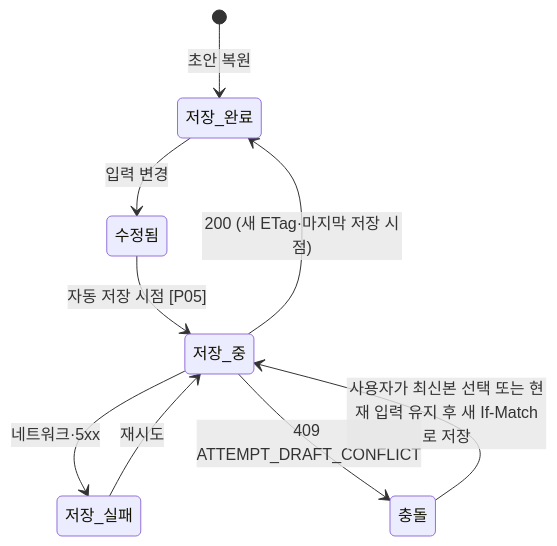
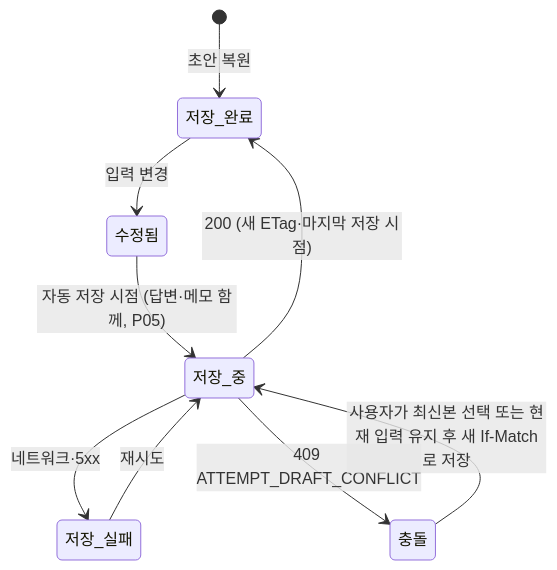
One commit to SKNETWORKS-FAMILY-AICAMP/SKN34-FINAL-3TEAM changed diagram 17 of 17 in docs/design/state-diagram.md. Above: the diagram before and after it, drawn with Mermaid. The commit also changed other lines of this file and 7 other files, not shown here.

````diff
--- a/docs/design/state-diagram.md
+++ b/docs/design/state-diagram.md
@@ -456,11 +460,11 @@
 ```mermaid
 stateDiagram-v2
   [*] --> 저장_완료: 초안 복원
   저장_완료 --> 수정됨: 입력 변경
-  수정됨 --> 저장_중: 자동 저장 시점 [P05]
+  수정됨 --> 저장_중: 자동 저장 시점 (답변·메모 함께, P05)
   저장_중 --> 저장_완료: 200 (새 ETag·마지막 저장 시점)
   저장_중 --> 저장_실패: 네트워크·5xx
   저장_중 --> 충돌: 409 ATTEMPT_DRAFT_CONFLICT
   저장_실패 --> 저장_중: 재시도
   충돌 --> 저장_중: 사용자가 최신본 선택 또는 현재 입력 유지 후 새 If-Match로 저장
 ```
````
